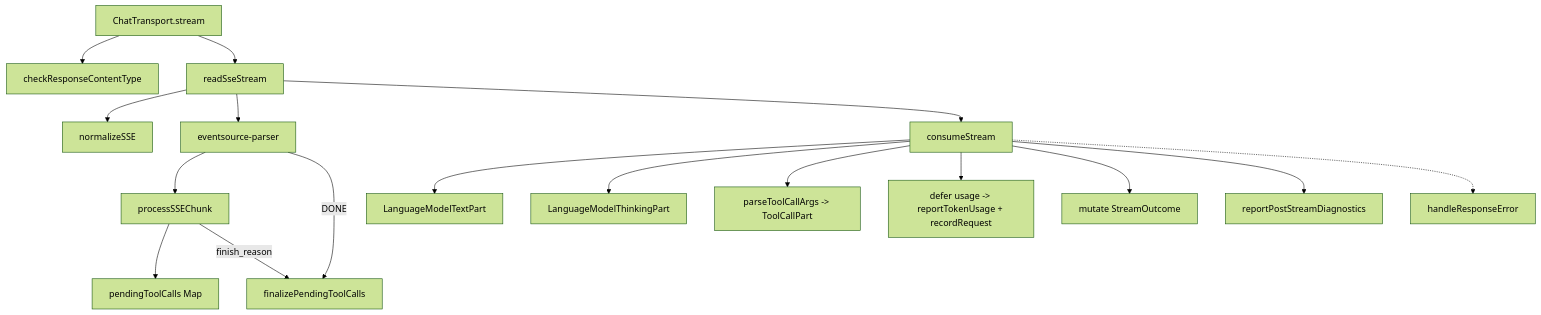
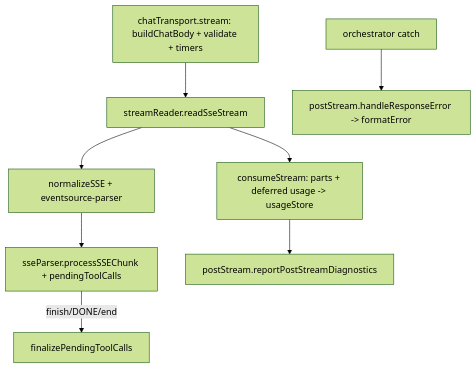
Before and after one commit to fuzzifikation/vLLM-Copilot: the second of 18 diagrams in docs/complexity-audit.md, drawn with Mermaid (forest theme). The commit also changed other lines of this file and 113 other files, not shown here.

````diff
--- a/docs/complexity-audit.md
+++ b/docs/complexity-audit.md
@@ -171,19 +131,9 @@
 ```mermaid
 flowchart TD
-    T[ChatTransport.stream] --> CT[checkResponseContentType]
-    T --> R[readSseStream]
-    R --> N[normalizeSSE]
-    R --> P[eventsource-parser]
-    P --> S[processSSEChunk]
-    S --> ACC[pendingToolCalls Map]
-    S -->|finish_reason| F[finalizePendingToolCalls]
-    P -->|DONE| F
-    R --> CS[consumeStream]
-    CS --> TXT[LanguageModelTextPart]
-    CS --> TH[LanguageModelThinkingPart]
-    CS --> TC[parseToolCallArgs -> ToolCallPart]
-    CS --> U[defer usage -> reportTokenUsage + recordRequest]
-    CS --> OUT[mutate StreamOutcome]
-    CS --> POST[reportPostStreamDiagnostics]
-    CS -.-> ERR[handleResponseError]
+  T[chatTransport.stream: buildChatBody + validate + timers] --> R[streamReader.readSseStream]
+  R --> N[normalizeSSE + eventsource-parser] --> S[sseParser.processSSEChunk + pendingToolCalls]
+  S -->|finish/DONE/end| F[finalizePendingToolCalls]
+  R --> CS[consumeStream: parts + deferred usage -> usageStore]
+  CS --> PD[postStream.reportPostStreamDiagnostics]
+  O[orchestrator catch] --> HE[postStream.handleResponseError -> formatError]
 ```
````
